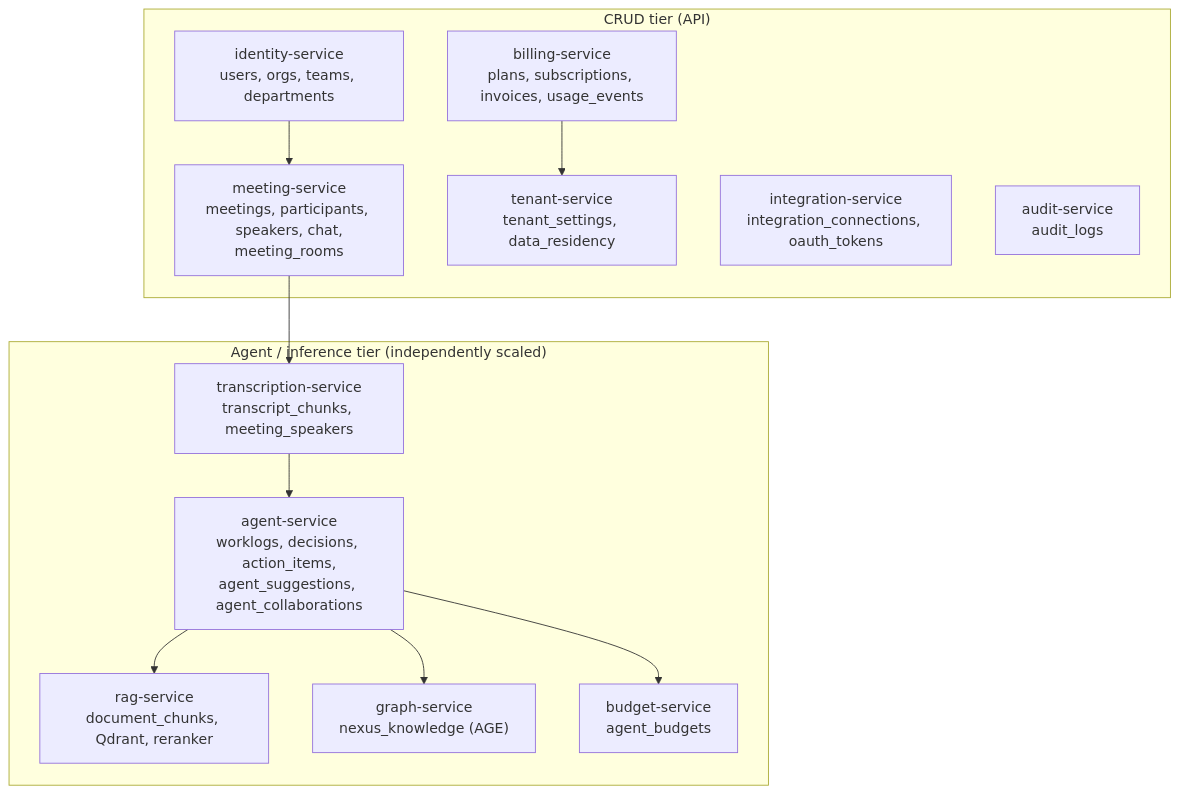
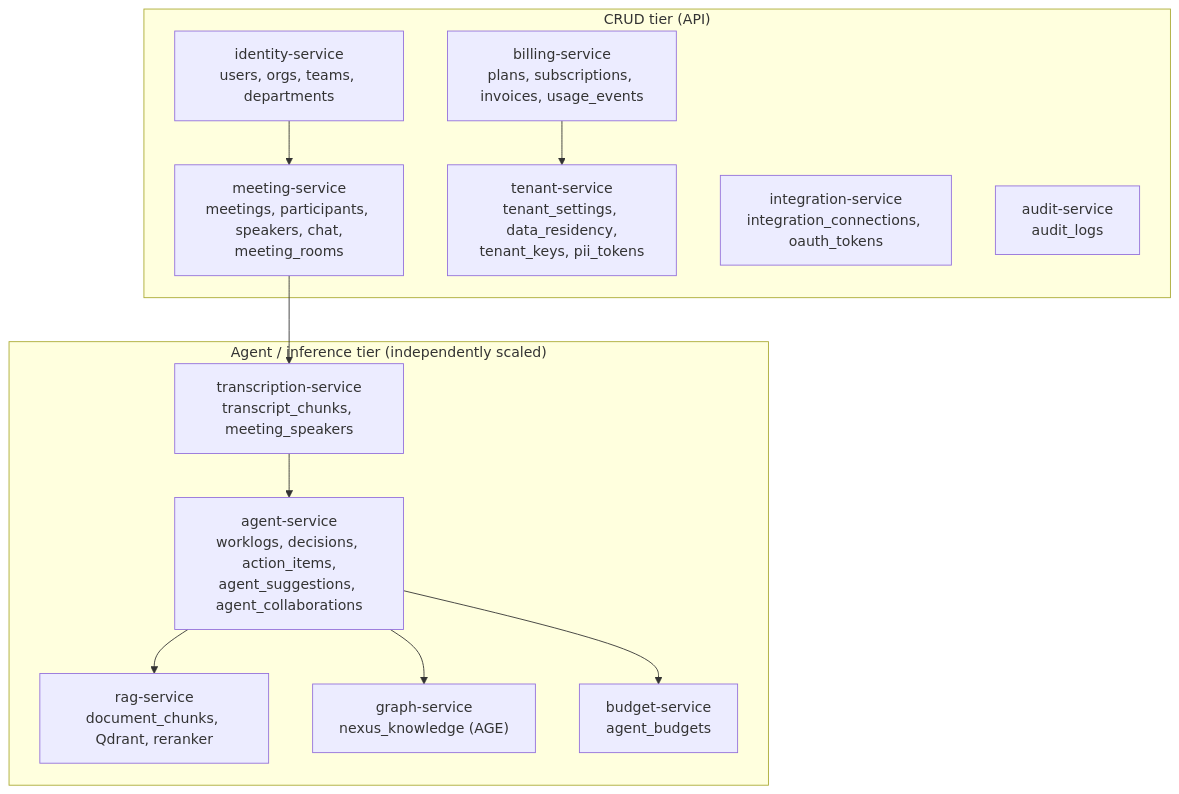
The first of 7 diagrams in _canon/02-data-model.md (Mytheus-AI/mytheus-docs), drawn with Mermaid before and after one commit. The commit also changed other lines of this file and 9 other files, not shown here.

````diff
--- a/_canon/02-data-model.md
+++ b/_canon/02-data-model.md
@@ -38,25 +38,25 @@
 ```mermaid
 graph TD
   subgraph CRUD_Tier["CRUD tier (API)"]
     IdentitySvc["identity-service<br/>users, orgs, teams, departments"]
     MeetingSvc["meeting-service<br/>meetings, participants, speakers, chat,<br/>meeting_rooms"]
-    TenantSvc["tenant-service<br/>tenant_settings, data_residency"]
+    TenantSvc["tenant-service<br/>tenant_settings, data_residency,<br/>tenant_keys, pii_tokens"]
     BillingSvc["billing-service<br/>plans, subscriptions, invoices, usage_events"]
     IntegrationSvc["integration-service<br/>integration_connections, oauth_tokens"]
     AuditSvc["audit-service<br/>audit_logs"]
   end
   subgraph Inference_Tier["Agent / inference tier (independently scaled)"]
     TranscriptSvc["transcription-service<br/>transcript_chunks, meeting_speakers"]
     AgentSvc["agent-service<br/>worklogs, decisions, action_items,<br/>agent_suggestions, agent_collaborations"]
     RAGSvc["rag-service<br/>document_chunks, Qdrant, reranker"]
     GraphSvc["graph-service<br/>nexus_knowledge (AGE)"]
     BudgetSvc["budget-service<br/>agent_budgets"]
   end
   IdentitySvc --> MeetingSvc
   MeetingSvc --> TranscriptSvc
   TranscriptSvc --> AgentSvc
   AgentSvc --> GraphSvc
   AgentSvc --> RAGSvc
   AgentSvc --> BudgetSvc
   BillingSvc --> TenantSvc
 ```
````
